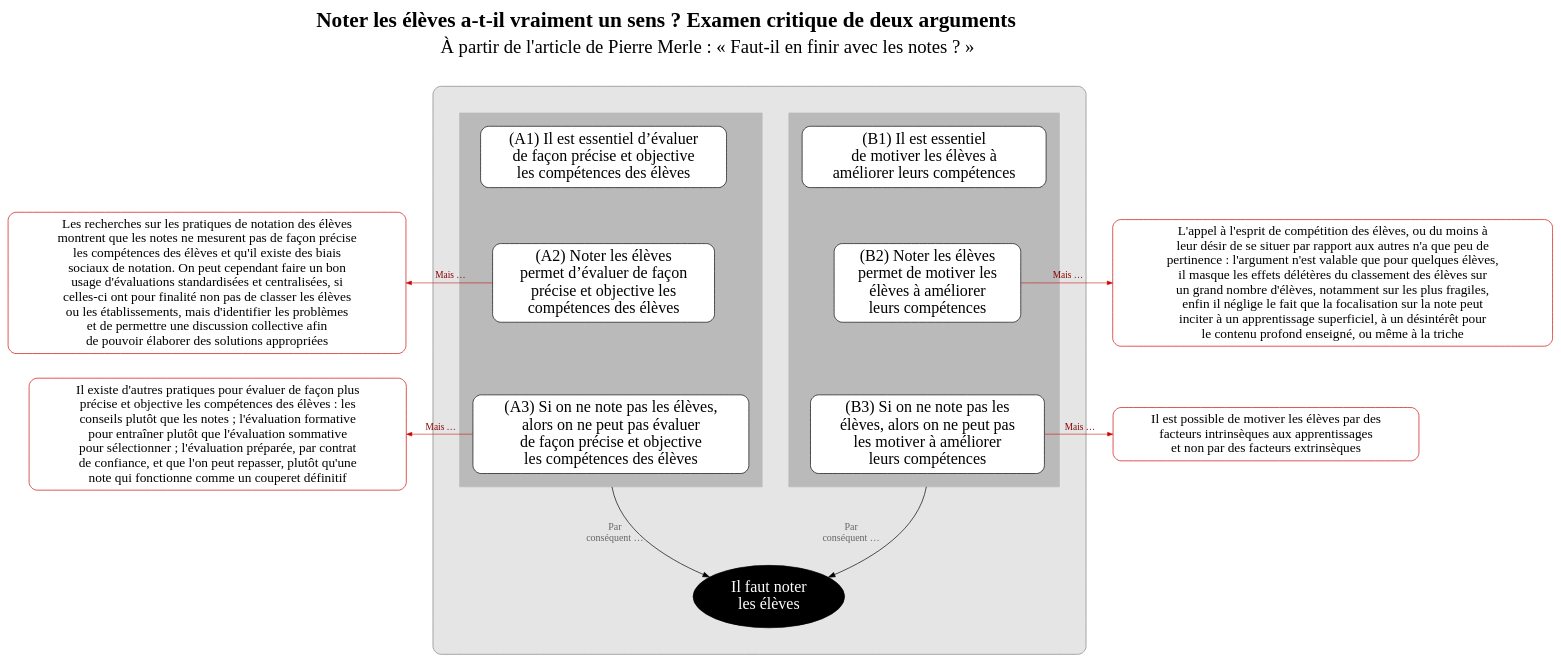
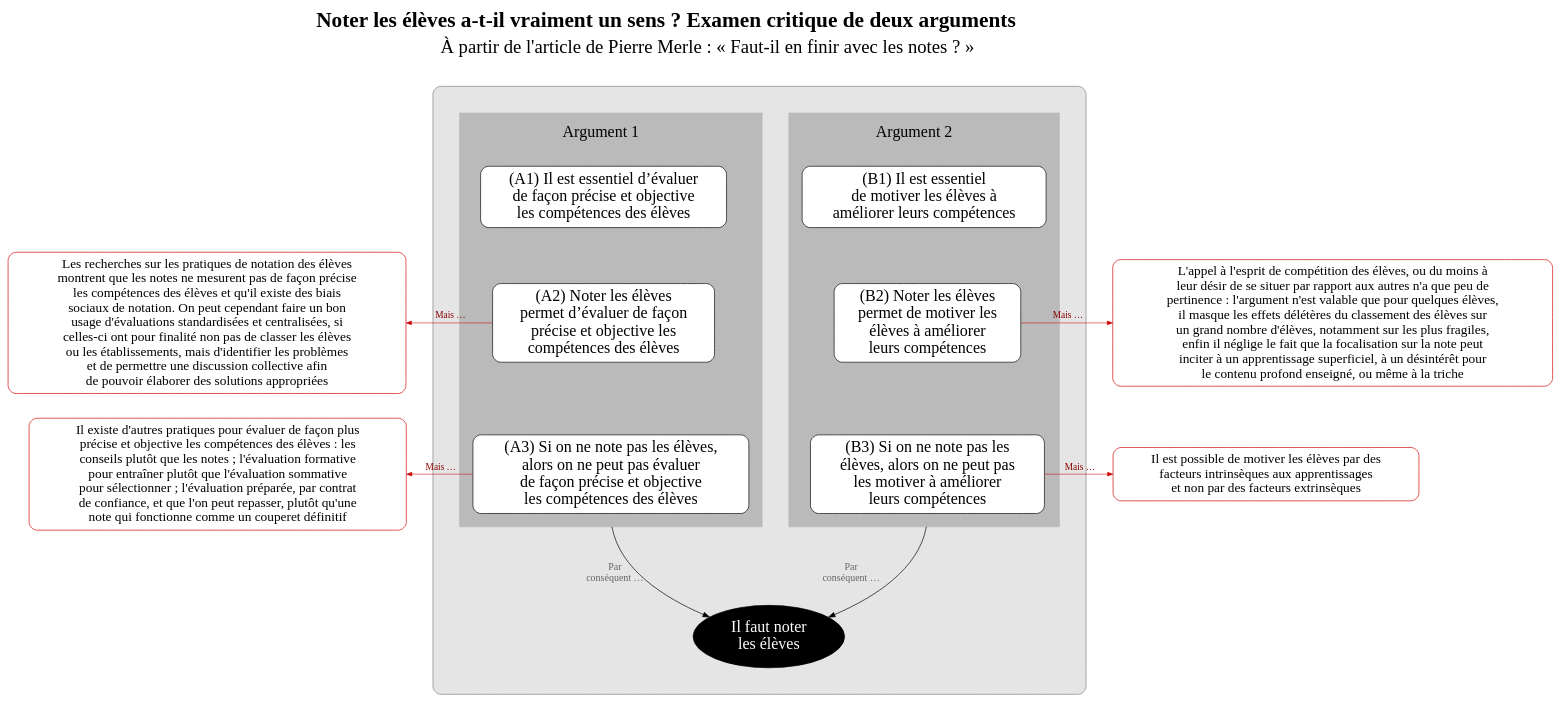
One commit to eyssette/graphviz-examples changed the diagram in argument/noter-les-eleves-objections-de-Pierre-Merle.dot. Above: the diagram before and after it, drawn with Graphviz.

```diff
--- a/argument/noter-les-eleves-objections-de-Pierre-Merle.dot
+++ b/argument/noter-les-eleves-objections-de-Pierre-Merle.dot
@@ -1,129 +1,129 @@
 digraph G {
 splines=true
 newrank=true
 compound=true
 
 label=<<FONT point-size="32"><b>Noter les élèves a-t-il vraiment un sens ? Examen critique de deux arguments</b><br/><FONT point-size="10"><br/></FONT><FONT point-size="28">À partir de l'article de Pierre Merle : « Faut-il en finir avec les notes ? »</FONT><br/><br/></FONT>>
 labelloc=t
 
 node[color=red3, style="rounded, filled", shape="box", fillcolor=white, penwidth=1, fontcolor=black, fontsize=20, margin=0.1]
 ob2[label="Les recherches sur les pratiques de notation des élèves
 montrent que les notes ne mesurent pas de façon précise
 les compétences des élèves et qu'il existe des biais
 sociaux de notation. On peut cependant faire un bon
 usage d'évaluations standardisées et centralisées, si
 celles-ci ont pour finalité non pas de classer les élèves
 ou les établissements, mais d'identifier les problèmes
 et de permettre une discussion collective afin
 de pouvoir élaborer des solutions appropriées"]
 ob3[label="Il existe d'autres pratiques pour évaluer de façon plus
 précise et objective les compétences des élèves : les
 conseils plutôt que les notes ; l'évaluation formative
 pour entraîner plutôt que l'évaluation sommative
 pour sélectionner ; l'évaluation préparée, par contrat
 de confiance, et que l'on peut repasser, plutôt qu'une
 note qui fonctionne comme un couperet définitif"]
 
 node[shape=box, fillcolor=white, style="filled,rounded", color=black, fontsize=24, penwidth=1,fontcolor=black, margin=0.1]
 edge[minlen=2,color=red3, penwidth=0.8, arrowsize=0.8, label=" Mais …", fontcolor=red4,fontsize=14]
 {rank=same;ob2->pb2[dir=back]}
 {rank=same;ob3->pb3[dir=back]}
 
 subgraph cluster_0 {
 label=""
 bgcolor=grey90
 style=rounded
 color=grey50
 margin=40
 
 
 
 node[shape=box, fillcolor=white, style="filled,rounded", color=black]
 edge[label="",xlabel="Par
 conséquent …",fontcolor=grey40;fontsize=15,minlen=3,color=black,penwidth=1, arrowsize=1]
 
 
 
 subgraph cluster_1 {
-label=""
+label=<<br/><font point-size="24">Argument 2<br/></font><br/>>
 style="box"
 margin=20
 bgcolor=grey73
 color=grey73
 
 p1[label="(B1) Il est essentiel
 de motiver les élèves à
 améliorer leurs compétences"]
 
 p2[label="(B2) Noter les élèves
 permet de motiver les
 élèves à améliorer
 leurs compétences"]
 
 p3[label="(B3) Si on ne note pas les
 élèves, alors on ne peut pas
 les motiver à améliorer
 leurs compétences"]
 
 p1->p2->p3[style=invis,xlabel="",minlen=1]
 
 // p2:s->p3:n[ltail=cluster_1]
 //p2:w->p3:n[ltail=cluster_1]
 // p3[label="(3) Lemme 1"]
 
 // {rank=same;p3->p4[style=invis]}
 
 // p4[label="(4) Prémisse 3"]
 }
 
 subgraph cluster_2 {
-label=""
+label=<<br/><font point-size="24">Argument 1<br/></font><br/>>
 style="box"
 margin=20
 bgcolor=grey73
 color=grey73
 
 pb1[label="(A1) Il est essentiel d’évaluer
 de façon précise et objective
 les compétences des élèves"]
 
 pb2[label="(A2) Noter les élèves
 permet d’évaluer de façon
 précise et objective les
 compétences des élèves"]
 
 pb3[label="(A3) Si on ne note pas les élèves,
 alors on ne peut pas évaluer
 de façon précise et objective
 les compétences des élèves"]
 
 pb1->pb2->pb3[style=invis,xlabel="",minlen=1]
 
 }
 
 p3:s->C:wn[ltail=cluster_1]
 pb3:s->C:en[ltail=cluster_2]
 
 C[label="Il faut noter
 les élèves",fillcolor=black, fontcolor=white, color=black, shape=ellipse]
 
 
 }
 
 node[color=red3, style="rounded, filled", shape="box", fillcolor=white, penwidth=1, fontcolor=black, fontsize=20, margin=0.1]
 o2[label="L'appel à l'esprit de compétition des élèves, ou du moins à
 leur désir de se situer par rapport aux autres n'a que peu de
 pertinence : l'argument n'est valable que pour quelques élèves,
 il masque les effets délétères du classement des élèves sur
 un grand nombre d'élèves, notamment sur les plus fragiles,
 enfin il néglige le fait que la focalisation sur la note peut
 inciter à un apprentissage superficiel, à un désintérêt pour
 le contenu profond enseigné, ou même à la triche"]
 {rank=same;p2->o2}
 
 o3[label="Il est possible de motiver les élèves par des
 facteurs intrinsèques aux apprentissages
 et non par des facteurs extrinsèques"]
 {rank=same;p3->o3}
 
 }
```
